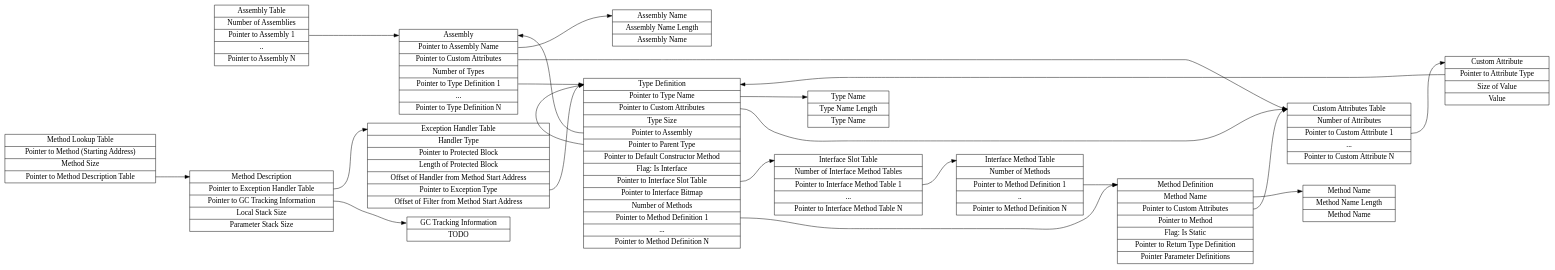
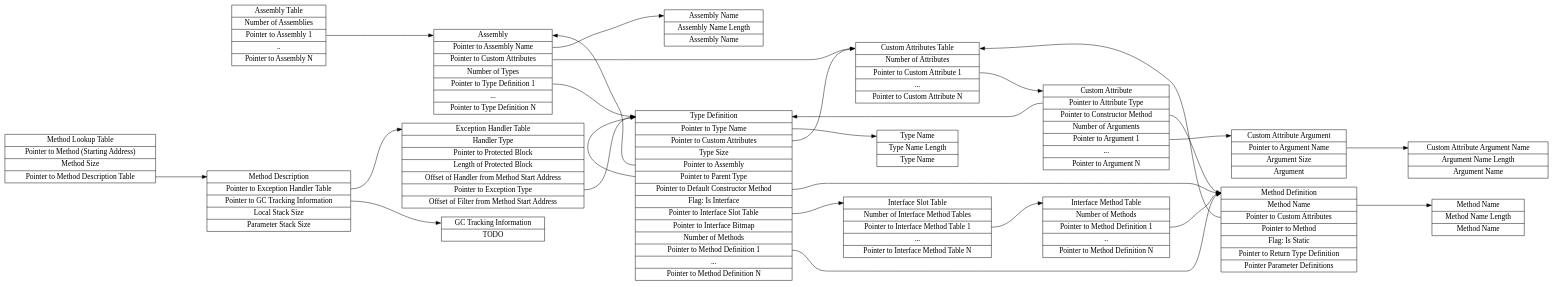
Before and after one commit to mosa/MOSA-Project: the diagram in Docs/MOSA-Runtime-Tables.gv, drawn with Graphviz. The commit also changed 1 other file, not shown here.

Commit message:
Updated MOSA Runtime Tables Diagram

```diff
--- a/Docs/MOSA-Runtime-Tables.gv
+++ b/Docs/MOSA-Runtime-Tables.gv
@@ -1,168 +1,194 @@
 digraph g {
 graph [
 rankdir = "LR"
 ];
 node [
 fontsize = "16"
 shape = "ellipse"
 ];
 edge [
-minlen = "2"
+minlen = "3"
 ];
 
 "AssemblyListTable" [
 label = "<f0>Assembly Table|<f1>Number of Assemblies|<f2>Pointer to Assembly 1|..|Pointer to Assembly N"
 shape = "record"
 ];
 
 "AssemblyDefinition" [
 label = "<f0>Assembly|<f1>Pointer to Assembly Name|<f2>Pointer to Custom Attributes|<f3> Number of Types|<f4>Pointer to Type  Definition 1|...|Pointer to Type  Definition N"
 shape = "record"
 ];
 
 "TypeDefinition" [
 label = "<f0>Type Definition|<f1>Pointer to Type Name|<f2>Pointer to Custom Attributes|<f3>Type Size|<f4>Pointer to Assembly|<f5>Pointer to Parent Type|<f6>Pointer to Default Constructor Method|<f7>Flag: Is Interface|<f8>Pointer to Interface Slot Table|<f9>Pointer to Interface Bitmap|<f10>Number of Methods|<f11>Pointer to Method Definition 1|...|Pointer to Method Definition N"
 shape = "record"
 ];
 
 "AssemblyName" [
 label = "<f0>Assembly Name|<f1>Assembly Name Length|<f2>Assembly Name"
 shape = "record"
 ];
 
 "TypeName" [
 label = "<f0>Type Name|<f1>Type Name Length|<f2>Type Name"
 shape = "record"
 ];
 
 "MethodLookupTable" [
 label = "<f0>Method Lookup Table|<f1>Pointer to Method (Starting Address)|<f2>Method Size|<f3>Pointer to Method Description Table"
 shape = "record"
 ];
 
 "MethodDescription" [
 label = "<f0>Method Description|<f1>Pointer to Exception Handler Table|<f2>Pointer to GC Tracking Information|<f3>Local Stack Size|<f4>Parameter Stack Size"
 shape = "record"
 ];
 
 "ExceptionHandlerTable" [
 label = "<f0>Exception Handler Table|<f1>Handler Type|<f2>Pointer to Protected Block|<f3>Length of Protected Block|<f4>Offset of Handler from Method Start Address|<f5>Pointer to Exception Type|<f6>Offset of Filter from Method Start Address"
 shape = "record"
 ];
 
 "InterfaceSlotTable" [
 label = "<f0>Interface Slot Table|<f1>Number of Interface Method Tables|<f2>Pointer to Interface Method Table 1|...|Pointer to Interface Method Table N"
 shape = "record"
 ];
 
 "InterfaceMethodTable" [
 label = "<f0>Interface Method Table|<f1>Number of Methods|<f2>Pointer to Method Definition 1|..|Pointer to Method Definition N"
 shape = "record"
 ];
 
 "MethodDefinition" [
 label = "<f0>Method Definition|<f1>Method Name|<f2>Pointer to Custom Attributes|<f3>Pointer to Method|<f4>Flag: Is Static|<f5>Pointer to Return Type Definition|<f6>Pointer Parameter Definitions"
 shape = "record"
 ];
 
 "MethodName" [
 label = "<f0>Method Name|<f1>Method Name Length|<f2>Method Name"
 shape = "record"
 ];
 
 "GCTrackingInformation" [
 label = "<f0>GC Tracking Information|TODO"
 shape = "record"
 ];
 
 "CustomAttributesTable" [
 label = "<f0>Custom Attributes Table|<f1>Number of Attributes|<f2>Pointer to Custom Attribute 1|...|Pointer to Custom Attribute N"
 shape = "record"
 ];
 
 "CustomAttribute" [
-label = "<f0>Custom Attribute|<f1>Pointer to Attribute Type|<f2>Size of Value|<f3>Value"
+label = "<f0>Custom Attribute|<f1>Pointer to Attribute Type|<f2>Pointer to Constructor Method|<f3>Number of Arguments|<f4>Pointer to Argument 1|...|Pointer to Argument N"
+shape = "record"
+];
+
+"CustomAttributeArgument" [
+label = "<f0>Custom Attribute Argument|<f1>Pointer to Argument Name|<f2>Argument Size|<f3>Argument"
+shape = "record"
+];
+
+"CustomAttributeArgumentName" [
+label = "<f0>Custom Attribute Argument Name|<f1>Argument Name Length|<f2>Argument Name"
 shape = "record"
 ];
 
 "CustomAttributesTable":f2 -> "CustomAttribute":f0 [
 id = 0
 ];
 
 "CustomAttribute":f1 -> "TypeDefinition":f0 [
+id = 0
+];
+
+"CustomAttribute":f2 -> "MethodDefinition":f0 [
+id = 0
+];
+
+"CustomAttribute":f4 -> "CustomAttributeArgument":f0 [
+id = 0
+];
+
+"CustomAttributeArgument":f1 -> "CustomAttributeArgumentName":f0 [
 id = 0
 ];
 
 "AssemblyListTable":f2 -> "AssemblyDefinition":f0 [
 id = 0
 ];
 
 "AssemblyDefinition":f1 -> "AssemblyName":f0 [
 id = 0
 ];
 
 "AssemblyDefinition":f2 -> "CustomAttributesTable":f0 [
 id = 0
 ];
 
 "AssemblyDefinition":f4 -> "TypeDefinition":f0 [
 id = 0
 ];
 
 "MethodLookupTable":f3 -> "MethodDescription":f0 [
 id = 0
 ];
 
 "MethodDescription":f1 -> "ExceptionHandlerTable":f0 [
 id = 0
 ];
 
 "ExceptionHandlerTable":f5 -> "TypeDefinition":f0 [
 id = 0
 ];
 
 "TypeDefinition":f1 -> "TypeName":f0 [
 id = 0
 ];
 
 "TypeDefinition":f2 -> "CustomAttributesTable":f0 [
 id = 0
 ];
 
 "TypeDefinition":f4 -> "AssemblyDefinition":f0 [
 id = 0
 ];
 
 "TypeDefinition":f5 -> "TypeDefinition":f0 [
 id = 0
 ];
 
+"TypeDefinition":f6 -> "MethodDefinition":f0 [
+id = 0
+];
+
 "TypeDefinition":f8 -> "InterfaceSlotTable":f0 [
 id = 0
 ];
 
 "TypeDefinition":f11 -> "MethodDefinition":f0 [
 id = 0
 ];
 
 "InterfaceSlotTable":f2 -> "InterfaceMethodTable":f0 [
 id = 0
 ];
 
 "InterfaceMethodTable":f2 -> "MethodDefinition":f0 [
 id = 0
 ];
 
 "MethodDefinition":f1 -> "MethodName":f0 [
 id = 0
 ];
 
 "MethodDefinition":f2 -> "CustomAttributesTable":f0 [
 id = 0
 ];
 
 "MethodDescription":f2 -> "GCTrackingInformation":f0 [
 id = 0
 ];
 
 }
```
